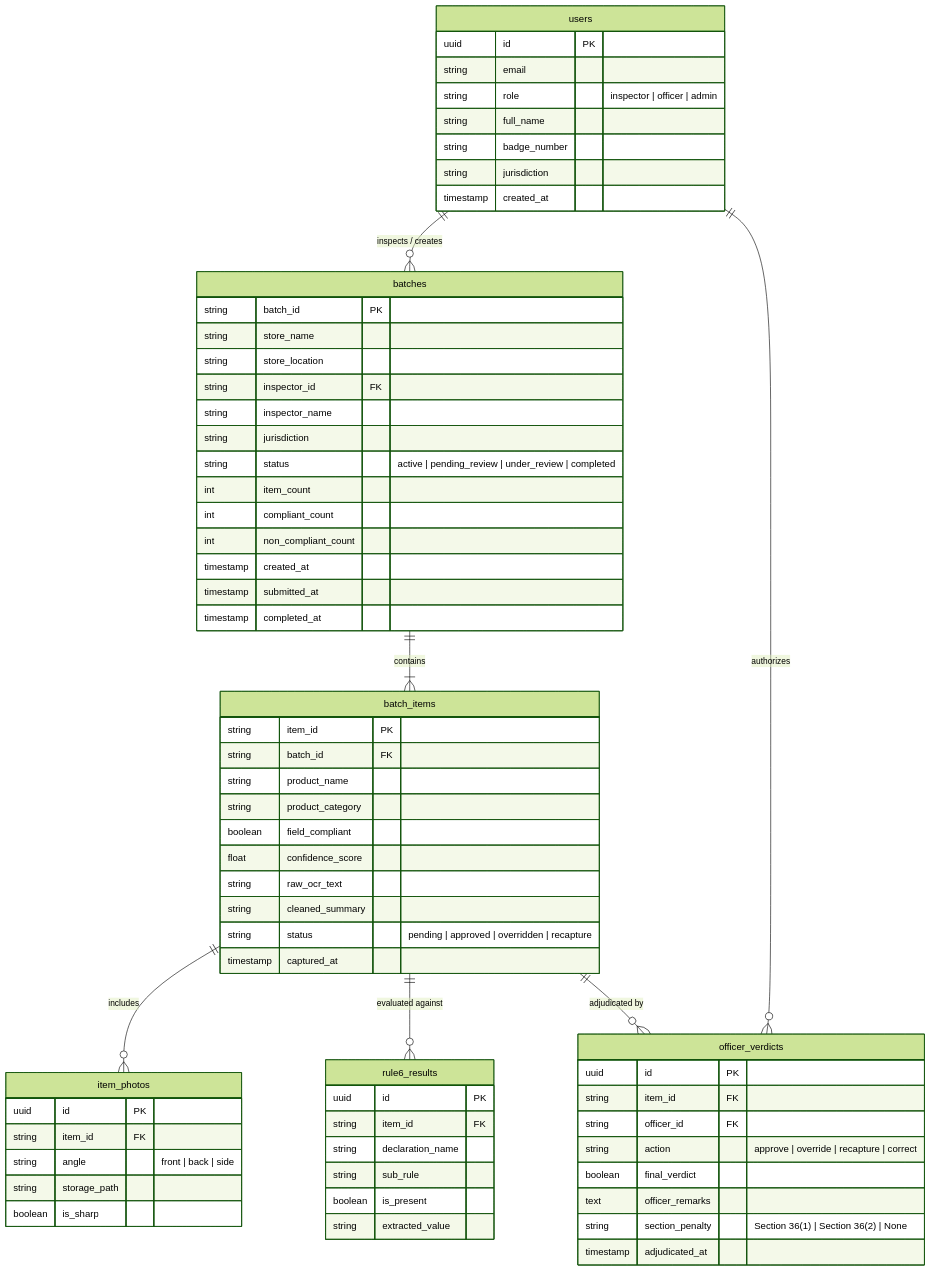
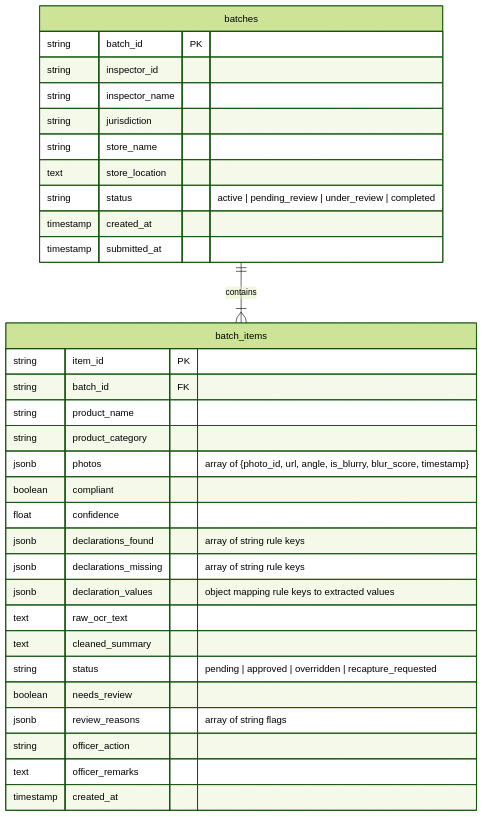
One commit to nilesh0199/LabelLens changed the second of 2 diagrams in docs/ARCHITECTURE.md. Above: the diagram before and after it, drawn with Mermaid (forest theme). The commit also changed 56 other files, not shown here.

Commit message:
feat: optimize review queue polling, add queue refresh button, resolve inspector real names, and update status filters

````diff
--- a/docs/ARCHITECTURE.md
+++ b/docs/ARCHITECTURE.md
@@ -58,76 +58,37 @@
 ```mermaid
 erDiagram
-    users ||--o{ batches : "inspects / creates"
     batches ||--|{ batch_items : "contains"
-    batch_items ||--o{ item_photos : "includes"
-    batch_items ||--o{ rule6_results : "evaluated against"
-    batch_items ||--o{ officer_verdicts : "adjudicated by"
-    users ||--o{ officer_verdicts : "authorizes"
-
-    users {
-        uuid id PK
-        string email
-        string role "inspector | officer | admin"
-        string full_name
-        string badge_number
-        string jurisdiction
-        timestamp created_at
-    }
 
     batches {
         string batch_id PK
-        string store_name
-        string store_location
-        string inspector_id FK
+        string inspector_id
         string inspector_name
         string jurisdiction
+        string store_name
+        text store_location
         string status "active | pending_review | under_review | completed"
-        int item_count
-        int compliant_count
-        int non_compliant_count
         timestamp created_at
         timestamp submitted_at
-        timestamp completed_at
     }
 
     batch_items {
         string item_id PK
         string batch_id FK
         string product_name
         string product_category
-        boolean field_compliant
-        float confidence_score
-        string raw_ocr_text
-        string cleaned_summary
-        string status "pending | approved | overridden | recapture"
-        timestamp captured_at
-    }
-
-    item_photos {
-        uuid id PK
-        string item_id FK
-        string angle "front | back | side"
-        string storage_path
-        boolean is_sharp
-    }
-
-    rule6_results {
-        uuid id PK
-        string item_id FK
-        string declaration_name
-        string sub_rule
-        boolean is_present
-        string extracted_value
-    }
-
-    officer_verdicts {
-        uuid id PK
-        string item_id FK
-        string officer_id FK
-        string action "approve | override | recapture | correct"
-        boolean final_verdict
+        jsonb photos "array of {photo_id, url, angle, is_blurry, blur_score, timestamp}"
+        boolean compliant
+        float confidence
+        jsonb declarations_found "array of string rule keys"
+        jsonb declarations_missing "array of string rule keys"
+        jsonb declaration_values "object mapping rule keys to extracted values"
+        text raw_ocr_text
+        text cleaned_summary
+        string status "pending | approved | overridden | recapture_requested"
+        boolean needs_review
+        jsonb review_reasons "array of string flags"
+        string officer_action
         text officer_remarks
-        string section_penalty "Section 36(1) | Section 36(2) | None"
-        timestamp adjudicated_at
+        timestamp created_at
     }
 ```
````
